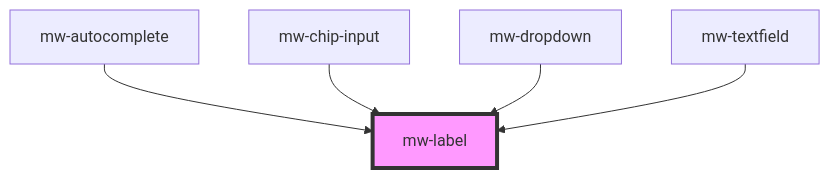
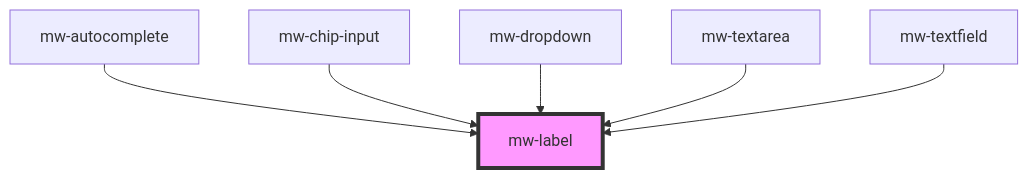
The diagram in mwui-stencil/src/components/mw-label/readme.md (MaibornWolff/mwui), drawn with Mermaid before and after one commit. The commit also changed other lines of this file and 17 other files, not shown here.

````diff
--- a/mwui-stencil/src/components/mw-label/readme.md
+++ b/mwui-stencil/src/components/mw-label/readme.md
@@ -24,8 +25,9 @@
 ```mermaid
 graph TD;
   mw-autocomplete --> mw-label
   mw-chip-input --> mw-label
   mw-dropdown --> mw-label
+  mw-textarea --> mw-label
   mw-textfield --> mw-label
   style mw-label fill:#f9f,stroke:#333,stroke-width:4px
 ```
````
